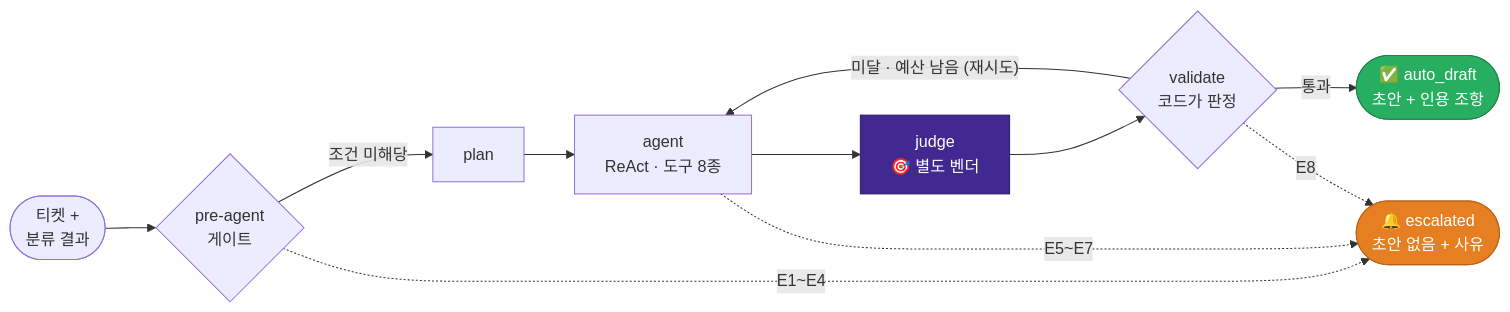
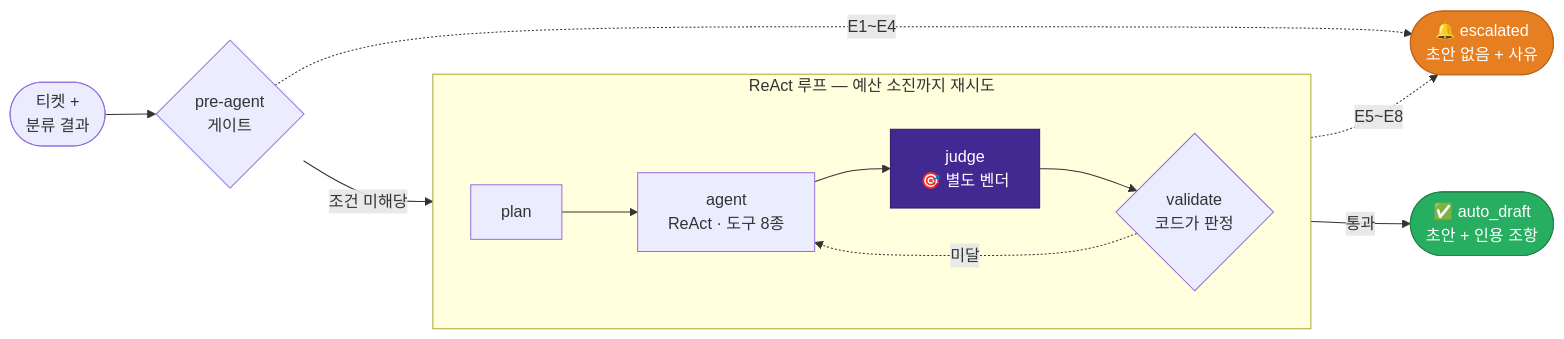
Before and after one commit to MachuEngine/cs-assistant: the second of 4 diagrams in README.md, drawn with Mermaid. The commit also changed other lines of this file, not shown here.

Commit message:
docs: README 다이어그램 재수정 — 고해상도 검토에서 드러난 문제 교정
앞 커밋에서 "깔끔하다"고 판단한 것은 저해상도 스크린샷 기준이었고,
2배 해상도로 다시 보니 실제로는 남아 있던 문제가 있었다.

LangGraph 상태 흐름:
- 재시도 화살표가 validate에서 judge 위를 크게 넘어 agent로 되돌아가고,
  E1~E4 점선이 전체 폭을 가로지르며 세 점선이 서로 다른 각도로 꽂히던 문제
- plan~validate를 subgraph로 묶어 재시도 화살표를 박스 안에 가두고,
  밖으로 나가는 에스컬레이션 선을 3개 -> 2개로 축소 (교차 없음)

배포:
- 외부 노드(Anthropic/OpenAI, Slack)가 subgraph 밖에 있어 mermaid가
  경계에서 선을 빼는 바람에, API 호출선이 slack-mcp에서 / Slack선이
  ChromaDB에서 나오는 것처럼 보이는 실제 오해 소지가 있었다
- subgraph를 제거하고 classDef 색으로 compose 서비스를 구분해
  모든 화살표를 노드-대-노드로 명확하게 교정

검증: 헤드리스 Chrome 2배 해상도로 4개 전부 재렌더링해 육안 확인

````diff
--- a/README.md
+++ b/README.md
@@ -136,21 +136,25 @@
 ```mermaid
 flowchart LR
     S(["티켓 +<br/>분류 결과"]) --> PRE{"pre-agent<br/>게이트"}
-    PRE -->|"조건 미해당"| P["plan"]
-    P --> A["agent<br/>ReAct · 도구 8종"]
-    A --> J["judge<br/>🎯 별도 벤더"]
-    J --> V{"validate<br/>코드가 판정"}
+
+    subgraph LOOP["ReAct 루프 — 예산 소진까지 재시도"]
+        direction LR
+        P["plan"] --> A["agent<br/>ReAct · 도구 8종"]
+        A --> J["judge<br/>🎯 별도 벤더"]
+        J --> V{"validate<br/>코드가 판정"}
+        V -.->|"미달"| A
+    end
+
+    PRE -->|"조건 미해당"| P
     V -->|"통과"| OK(["✅ auto_draft<br/>초안 + 인용 조항"])
-    V -->|"미달 · 예산 남음 (재시도)"| A
 
     PRE -.->|"E1~E4"| ESC(["🔔 escalated<br/>초안 없음 + 사유"])
-    A   -.->|"E5~E7"| ESC
-    V   -.->|"E8"| ESC
+    LOOP -.->|"E5~E8"| ESC
 
     classDef jud  fill:#412991,stroke:#2d1c66,color:#fff
     classDef esc  fill:#e67e22,stroke:#ba6318,color:#fff
     classDef good fill:#27ae60,stroke:#1e8449,color:#fff
     class J jud
     class ESC esc
     class OK good
 ```
````
